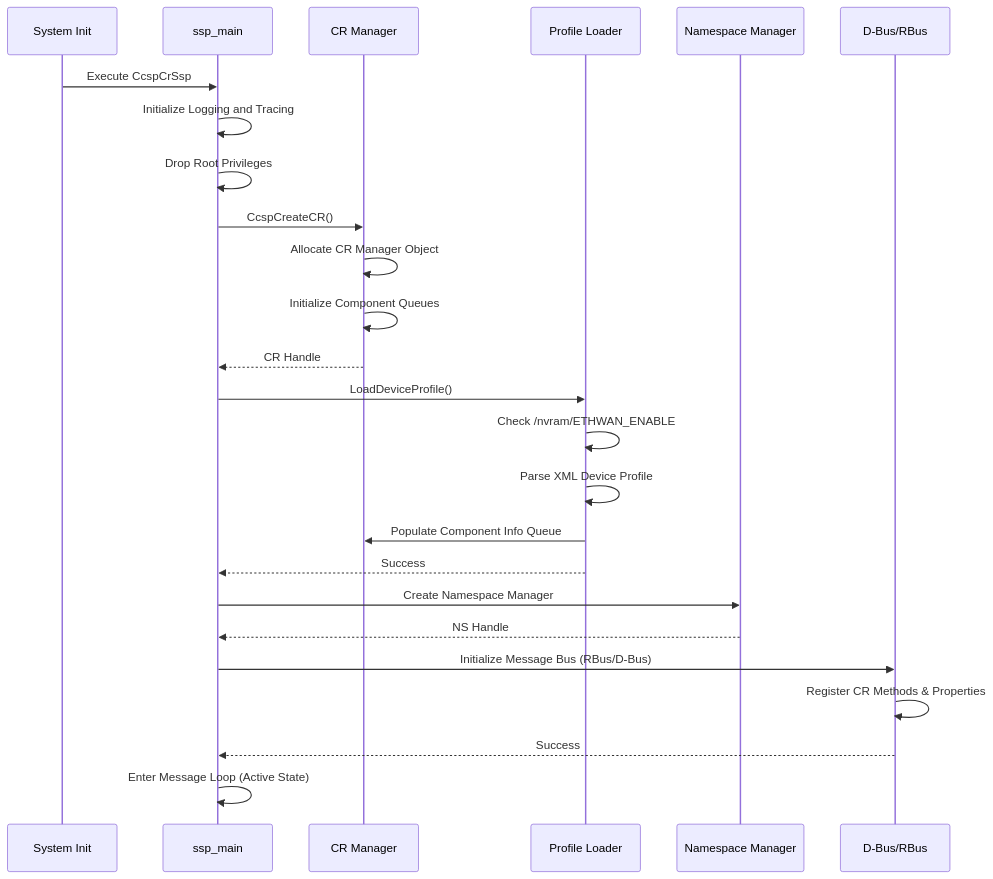
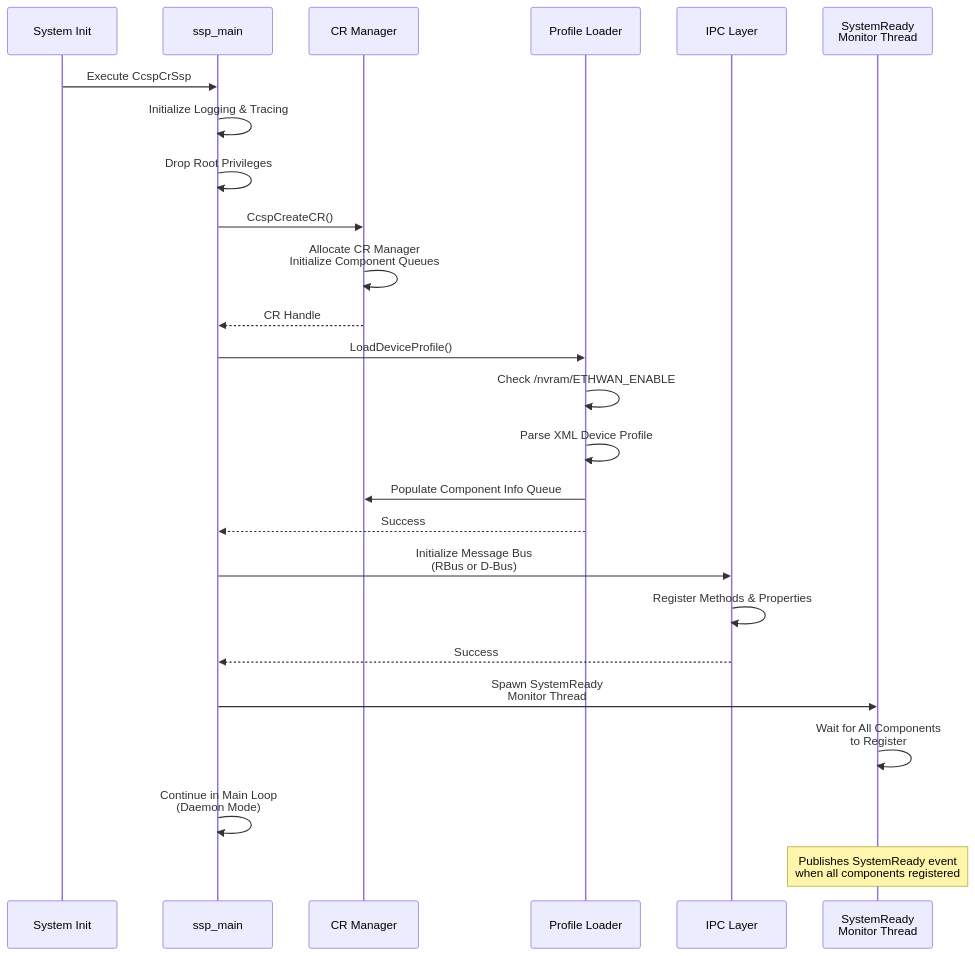
The fourth of 8 diagrams in docs/docu/dec17/component-registry-documentation-mar16.md (rns21/RDK_Documentation), drawn with Mermaid before and after one commit. The commit also changed other lines of this file, not shown here.

````diff
--- a/docs/docu/dec17/component-registry-documentation-mar16.md
+++ b/docs/docu/dec17/component-registry-documentation-mar16.md
@@ -254,28 +231,28 @@
 ```mermaid
 sequenceDiagram
     participant Init as System Init
     participant Main as ssp_main
     participant CR as CR Manager
     participant Profile as Profile Loader
-    participant NS as Namespace Manager
-    participant IPC as D-Bus/RBus
+    participant IPC as IPC Layer
+    participant WaitThr as SystemReady<br/>Monitor Thread
 
     Init->>Main: Execute CcspCrSsp
-    Main->>Main: Initialize Logging and Tracing
+    Main->>Main: Initialize Logging & Tracing
     Main->>Main: Drop Root Privileges
     Main->>CR: CcspCreateCR()
-    CR->>CR: Allocate CR Manager Object
-    CR->>CR: Initialize Component Queues
+    CR->>CR: Allocate CR Manager<br/>Initialize Component Queues
     CR-->>Main: CR Handle
     Main->>Profile: LoadDeviceProfile()
     Profile->>Profile: Check /nvram/ETHWAN_ENABLE
     Profile->>Profile: Parse XML Device Profile
     Profile->>CR: Populate Component Info Queue
     Profile-->>Main: Success
-    Main->>NS: Create Namespace Manager
-    NS-->>Main: NS Handle
-    Main->>IPC: Initialize Message Bus (RBus/D-Bus)
-    IPC->>IPC: Register CR Methods & Properties
+    Main->>IPC: Initialize Message Bus<br/>(RBus or D-Bus)
+    IPC->>IPC: Register Methods & Properties
     IPC-->>Main: Success
-    Main->>Main: Enter Message Loop (Active State)
+    Main->>WaitThr: Spawn SystemReady<br/>Monitor Thread
+    WaitThr->>WaitThr: Wait for All Components<br/>to Register
+    Main->>Main: Continue in Main Loop<br/>(Daemon Mode)
+    Note over WaitThr: Publishes SystemReady event<br/>when all components registered
 ```
````
